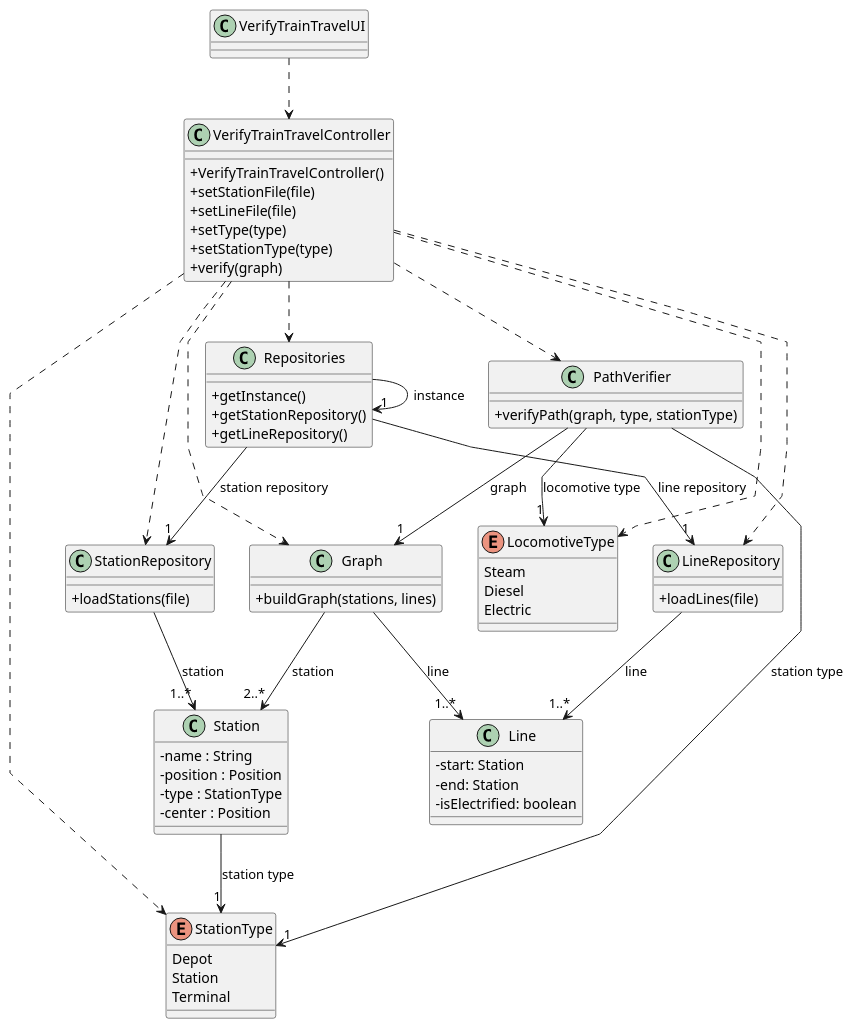
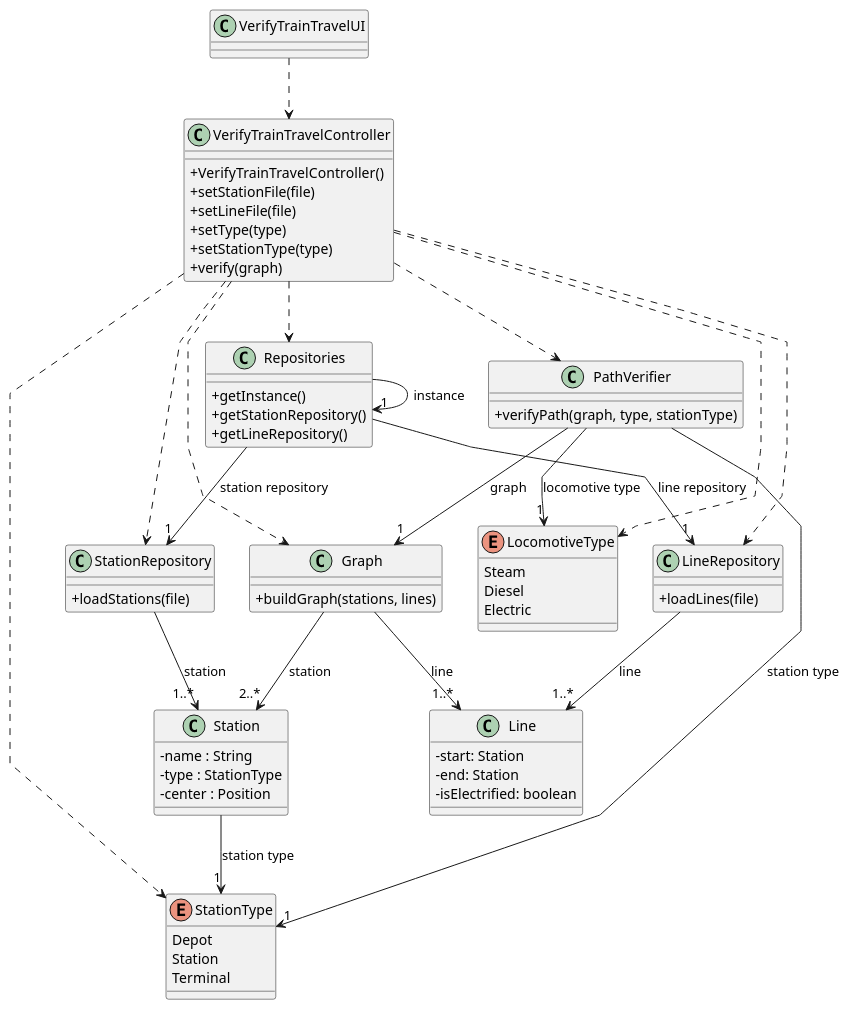
One commit to 1240935/pi2-railway-simulator changed the diagram in Sprint2/US013/03.design/puml/US013-CD.puml. Above: the diagram before and after it, drawn with PlantUML. The commit also changed 15 other files, not shown here.

```diff
--- a/Sprint2/US013/03.design/puml/US013-CD.puml
+++ b/Sprint2/US013/03.design/puml/US013-CD.puml
@@ -1,93 +1,93 @@
 @startuml
 'skinparam monochrome true
 skinparam packageStyle rectangle
 skinparam shadowing false
 skinparam linetype polyline
 'skinparam linetype orto
 
 skinparam classAttributeIconSize 0
 
 'left to right direction
 
 class VerifyTrainTravelUI {
 }
 
 class VerifyTrainTravelController {
   +VerifyTrainTravelController()
   +setStationFile(file)
   +setLineFile(file)
   +setType(type)
   +setStationType(type)
   +verify(graph)
 }
 
 class Station {
   -name : String
-  -position : Position
   -type : StationType
   -center : Position
 }
 
 class Line {
   -start: Station
   -end: Station
   -isElectrified: boolean
 }
 
 enum LocomotiveType {
   Steam
   Diesel
   Electric
 }
 
 enum StationType {
   Depot
   Station
   Terminal
 }
 
 class Graph {
   +buildGraph(stations, lines)
 }
 
 class PathVerifier {
   +verifyPath(graph, type, stationType)
 }
 
 class Repositories {
   +getInstance()
   +getStationRepository()
   +getLineRepository()
 }
 
 class StationRepository {
   +loadStations(file)
 }
 
 class LineRepository {
   +loadLines(file)
 }
 
 VerifyTrainTravelUI ..> VerifyTrainTravelController
+
 VerifyTrainTravelController ..> StationRepository
 VerifyTrainTravelController ..> LineRepository
 VerifyTrainTravelController ..> Graph
 VerifyTrainTravelController ..> PathVerifier
 VerifyTrainTravelController ..> LocomotiveType
 VerifyTrainTravelController ..> StationType
 VerifyTrainTravelController ..> Repositories
 
 Repositories -> "1" Repositories : instance
 Repositories --> "1" StationRepository : station repository
 Repositories --> "1" LineRepository : line repository
 
 StationRepository --> "1..*" Station : station
 LineRepository --> "1..*" Line : line
 Graph --> "2..*" Station : station
 Graph --> "1..*" Line : line
 PathVerifier --> "1" Graph :graph
 PathVerifier --> "1" LocomotiveType : locomotive type
 PathVerifier --> "1" StationType : station type
 Station --> "1" StationType : station type
 
 @enduml
```
